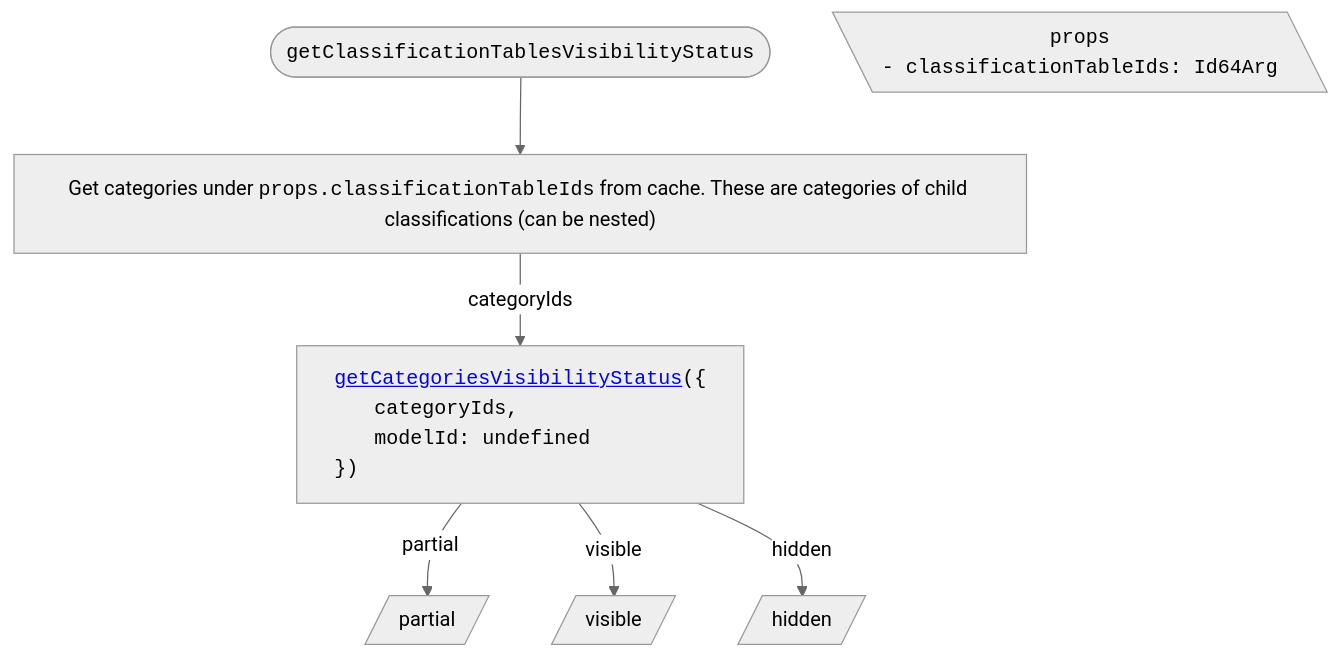
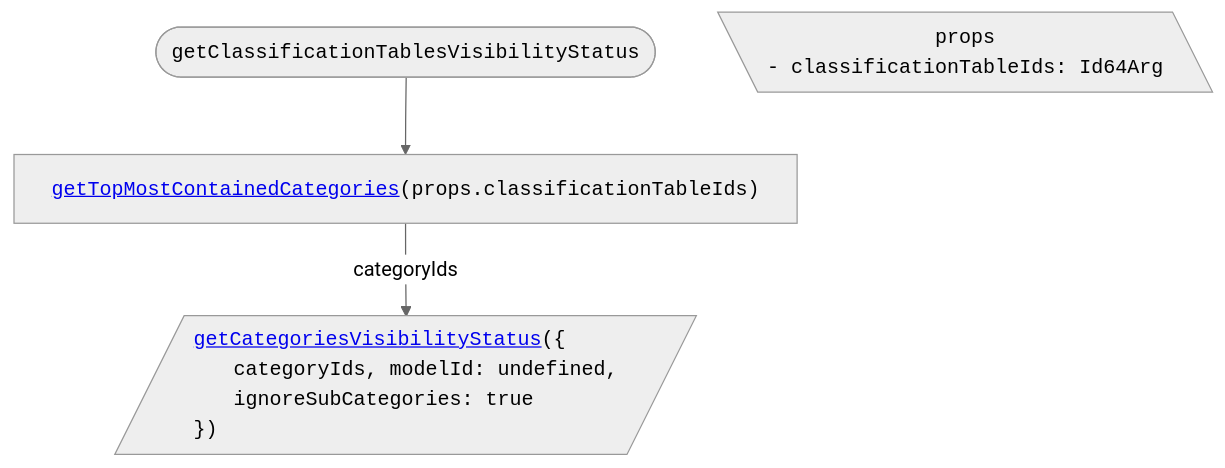
The second of 5 diagrams in packages/itwin/tree-widget/docs/ClassificationsTreeVisibilityHandling.md (iTwin/viewer-components-react), drawn with Mermaid (neutral theme) before and after one commit. The commit also changed other lines of this file and 4 other files, not shown here.

Commit message:
[Tree widget]: update mermaid diagrams on `next`

````diff
--- a/packages/itwin/tree-widget/docs/ClassificationsTreeVisibilityHandling.md
+++ b/packages/itwin/tree-widget/docs/ClassificationsTreeVisibilityHandling.md
@@ -25,32 +57,22 @@
 ```mermaid
 ---
 config:
   flowchart:
     wrappingWidth: 750
     useMaxWidth: false
 ---
 
 flowchart TD
-  RESULT_Partial[/partial/]
-  RESULT_Visible[/visible/]
-  RESULT_Hidden[/hidden/]
-
-
   %% Start
-  TITLE(["<span style='font-family: monospace;'>getClassificationTablesVisibilityStatus</span>"]) --> A["Get categories under <span style='font-family: monospace;'>props.classificationTableIds</span> from cache. These are categories of child classifications (can be nested)"]
+  TITLE(["<span style='font-family: monospace;'>getClassificationTablesVisibilityStatus</span>"]) --> A["<span style='font-family: monospace;'><a href='#resolving-contained-categories'>getTopMostContainedCategories</a>(props.classificationTableIds)</span>"]
 
   PROPS[\"
     <span style='font-family: monospace;'>props</span>
     <span style='display: block; text-align: left; font-family: monospace;'>- classificationTableIds: Id64Arg</span>
   "\]
 
-  A -- categoryIds --> B["<div style='text-align: left; font-family: monospace;'><a href='./SharedVisibilityHandling.md#getcategoriesvisibilitystatus'>getCategoriesVisibilityStatus</a>({
-    <span style='padding-left: 2rem;'>categoryIds,</span>
-    <span style='padding-left: 2rem;'>modelId: undefined</span>
-    })</div>"]
-
-  %% Results
-  B -- partial --> RESULT_Partial
-  B -- visible --> RESULT_Visible
-  B -- hidden --> RESULT_Hidden
+  A -- categoryIds --> B[/"<div style='text-align: left; font-family: monospace;'><a href='./SharedVisibilityHandling.md#getcategoriesvisibilitystatus'>getCategoriesVisibilityStatus</a>({
+    <span style='padding-left: 2rem;'>categoryIds, modelId: undefined,</span>
+    <span style='padding-left: 2rem;'>ignoreSubCategories: true</span>
+    })</div>"/]
 ```
````
